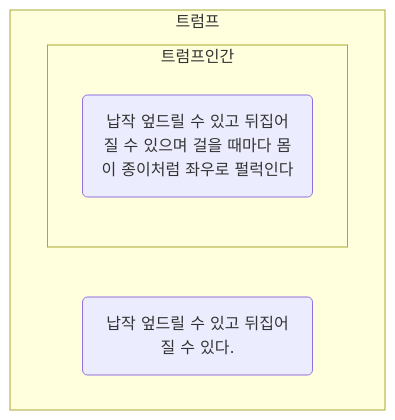
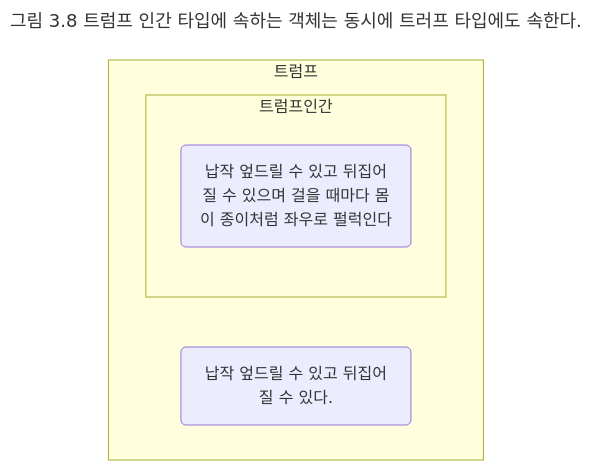
One commit to kimregular/DAILY_STUDY changed the diagram in 독서/7. 객체지향의 사실과 오해/03. 타입과 추상화/03-12. 타입의 계층 - 1.md. Above: the diagram before and after it, drawn with Mermaid. The commit also changed other lines of this file, not shown here.

Commit message:
obsidian backup: 2024-12-02 03:31:10

````diff
--- a/독서/7. 객체지향의 사실과 오해/03. 타입과 추상화/03-12. 타입의 계층 - 1.md
+++ b/독서/7. 객체지향의 사실과 오해/03. 타입과 추상화/03-12. 타입의 계층 - 1.md
@@ -14,10 +14,12 @@
 ```mermaid
-
+--- 
+title: 그림 3.8 트럼프 인간 타입에 속하는 객체는 동시에 트러프 타입에도 속한다.
+---
 flowchart 
 	subgraph "트럼프"
 		d1("납작 엎드릴 수 있고 뒤집어질 수 있다.")
 		subgraph "트럼프인간"
 			d2("납작 엎드릴 수 있고 뒤집어질 수 있으며 걸을 때마다 몸이 종이처럼 좌우로 펄럭인다")
 		end
 	end
 ```
````
